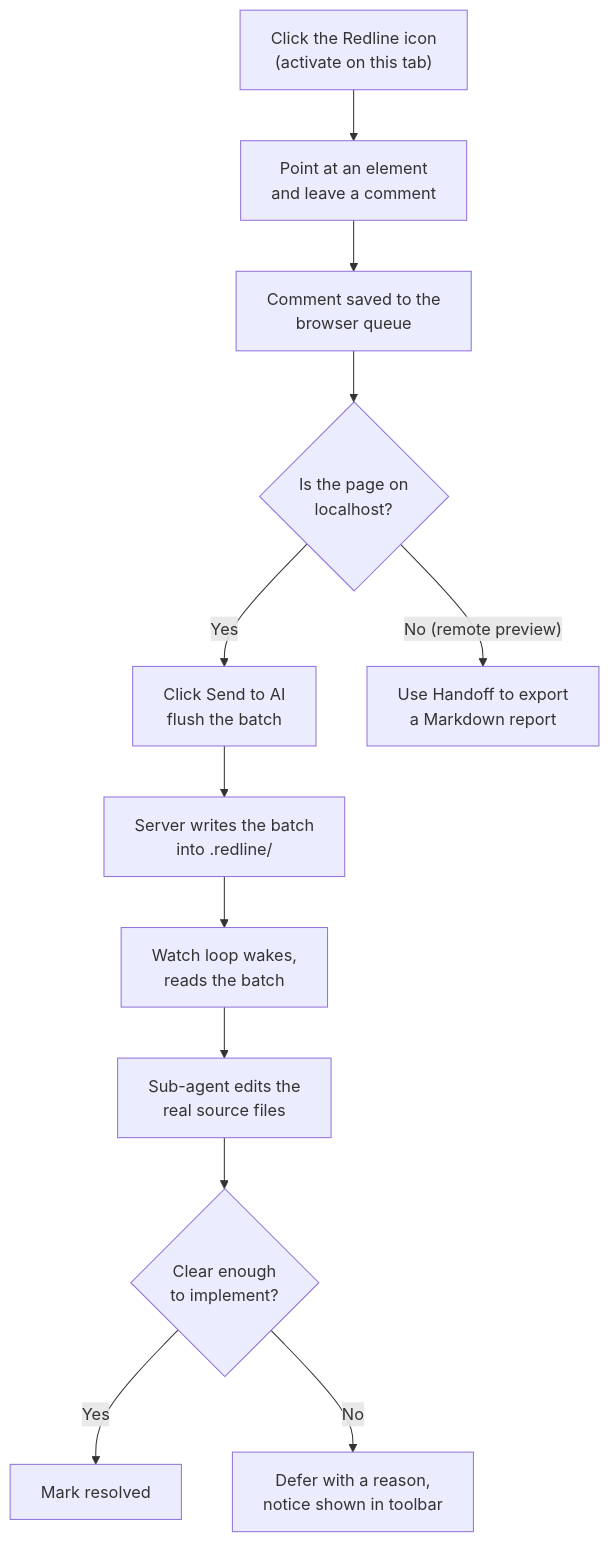
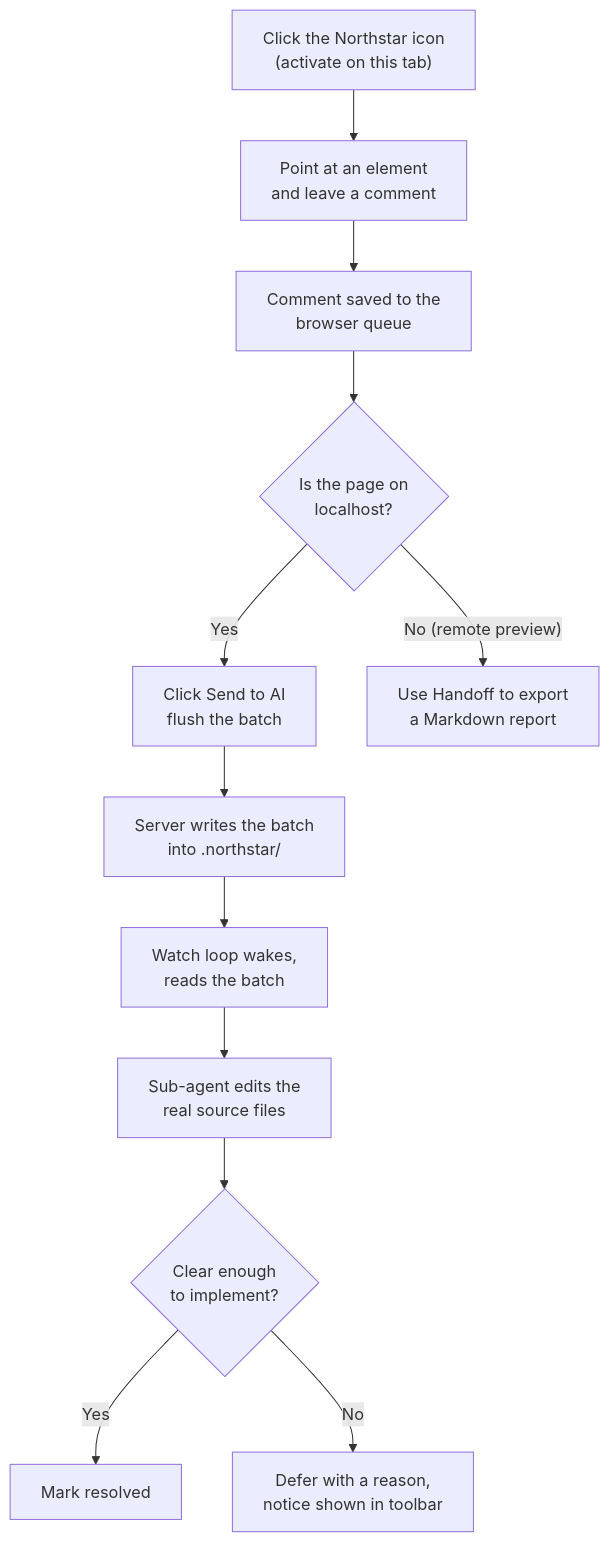
Before and after one commit to pallandir/claude-comments: the first of 2 diagrams in docs/how-it-works.md, drawn with Mermaid. The commit also changed other lines of this file and 38 other files, not shown here.

First line of the commit message:
feat(root): rename Redline to Northstar

````diff
--- a/docs/how-it-works.md
+++ b/docs/how-it-works.md
@@ -21,14 +21,14 @@
 ```mermaid
 flowchart TD
-    A["Click the Redline icon<br/>(activate on this tab)"] --> B["Point at an element<br/>and leave a comment"]
+    A["Click the Northstar icon<br/>(activate on this tab)"] --> B["Point at an element<br/>and leave a comment"]
     B --> C["Comment saved to the<br/>browser queue"]
     C --> D{"Is the page on<br/>localhost?"}
     D -- "Yes" --> E["Click Send to AI<br/>flush the batch"]
     D -- "No (remote preview)" --> F["Use Handoff to export<br/>a Markdown report"]
-    E --> G["Server writes the batch<br/>into .redline/"]
+    E --> G["Server writes the batch<br/>into .northstar/"]
     G --> H["Watch loop wakes,<br/>reads the batch"]
     H --> I["Sub-agent edits the<br/>real source files"]
     I --> J{"Clear enough<br/>to implement?"}
     J -- "Yes" --> K["Mark resolved"]
     J -- "No" --> L["Defer with a reason,<br/>notice shown in toolbar"]
 ```
````
